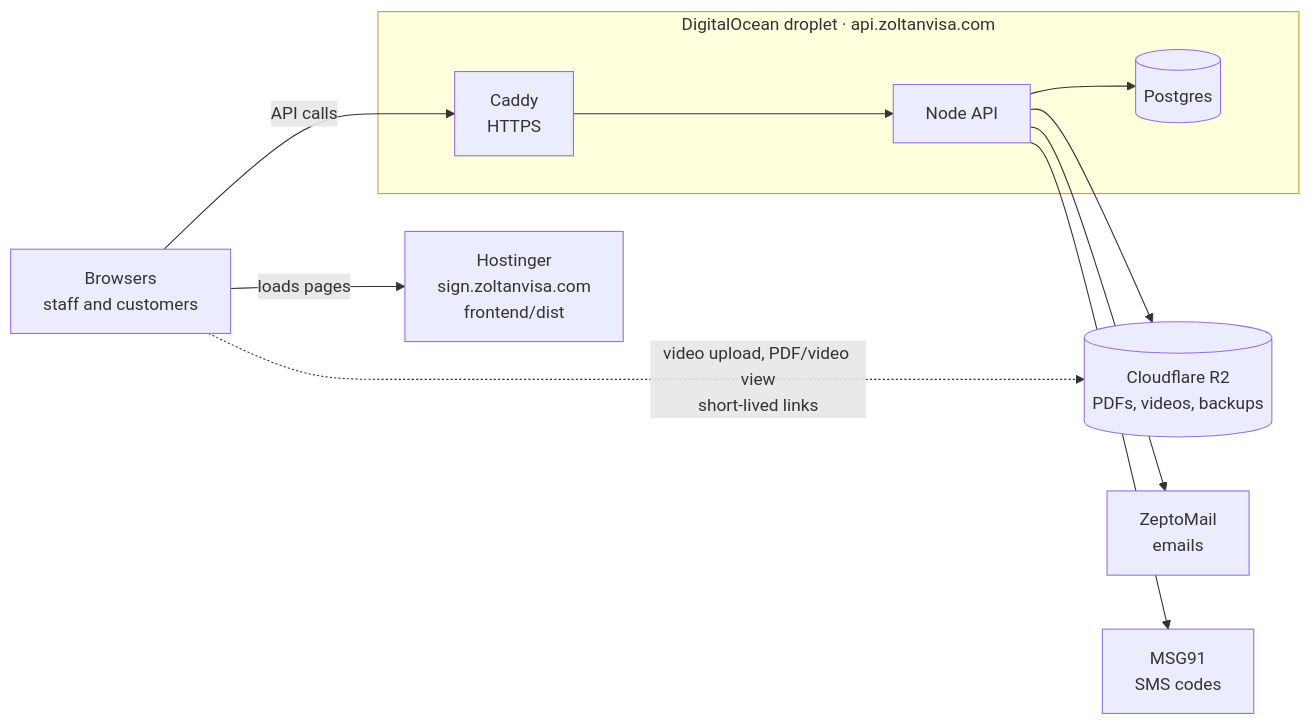
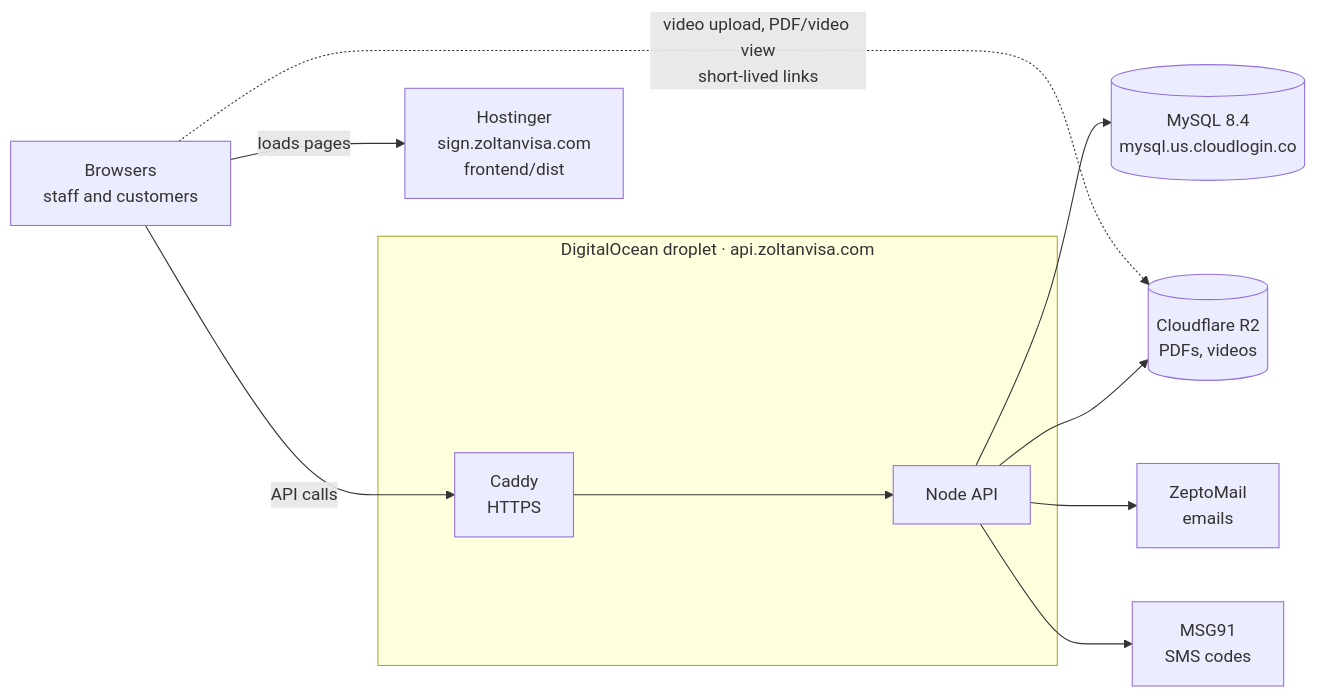
One commit to KaveemDev/zoltan-verification changed the diagram in README.md. Above: the diagram before and after it, drawn with Mermaid. The commit also changed other lines of this file and 26 other files, not shown here.

Commit message:
chore: remove Docker and migration files, add Caddy configuration for API

````diff
--- a/README.md
+++ b/README.md
@@ -18,15 +19,17 @@
 ```mermaid
 flowchart LR
   B[Browsers<br/>staff and customers]
   H[Hostinger<br/>sign.zoltanvisa.com<br/>frontend/dist]
   subgraph D[DigitalOcean droplet · api.zoltanvisa.com]
-    C[Caddy<br/>HTTPS] --> A[Node API] --> P[(Postgres)]
+    C[Caddy<br/>HTTPS] --> A[Node API]
   end
-  R[(Cloudflare R2<br/>PDFs, videos, backups)]
+  P[(MySQL 8.4<br/>mysql.us.cloudlogin.co)]
+  R[(Cloudflare R2<br/>PDFs, videos)]
   B -->|loads pages| H
   B -->|API calls| C
   B -.->|video upload, PDF/video view<br/>short-lived links| R
+  A --> P
   A --> R
   A --> Z[ZeptoMail<br/>emails]
   A --> M[MSG91<br/>SMS codes]
 ```
````
